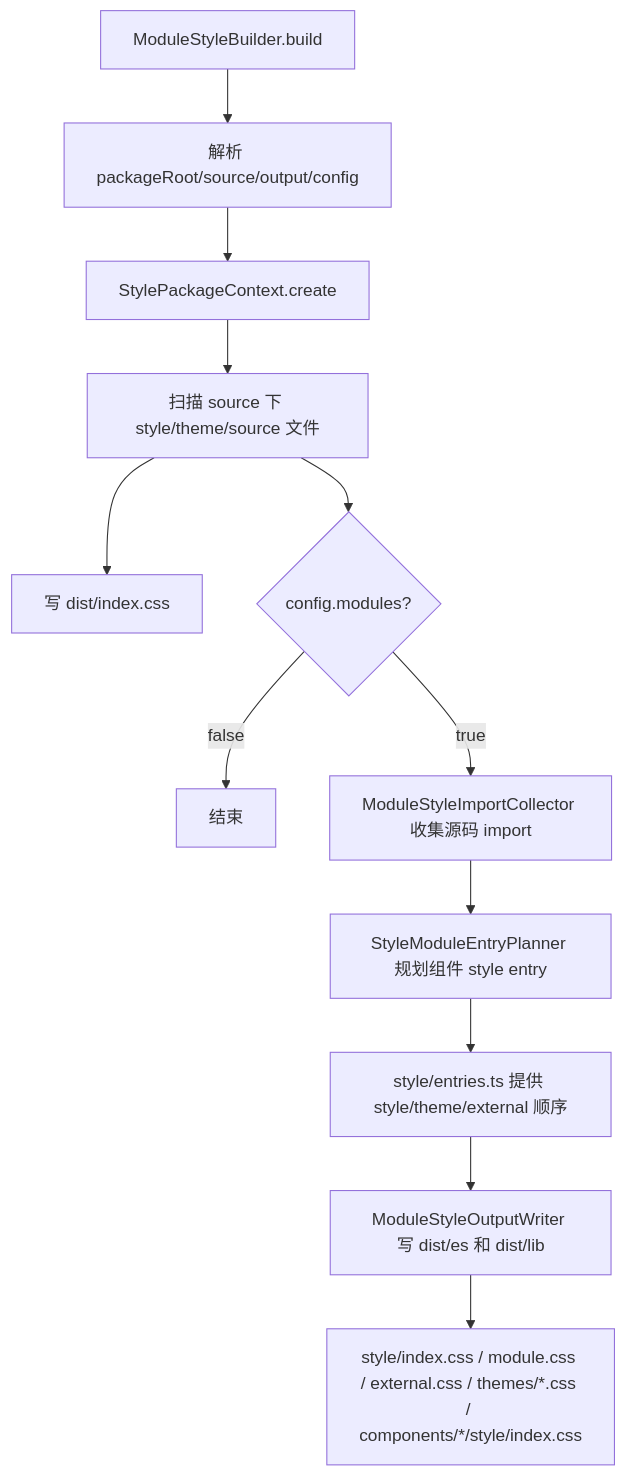
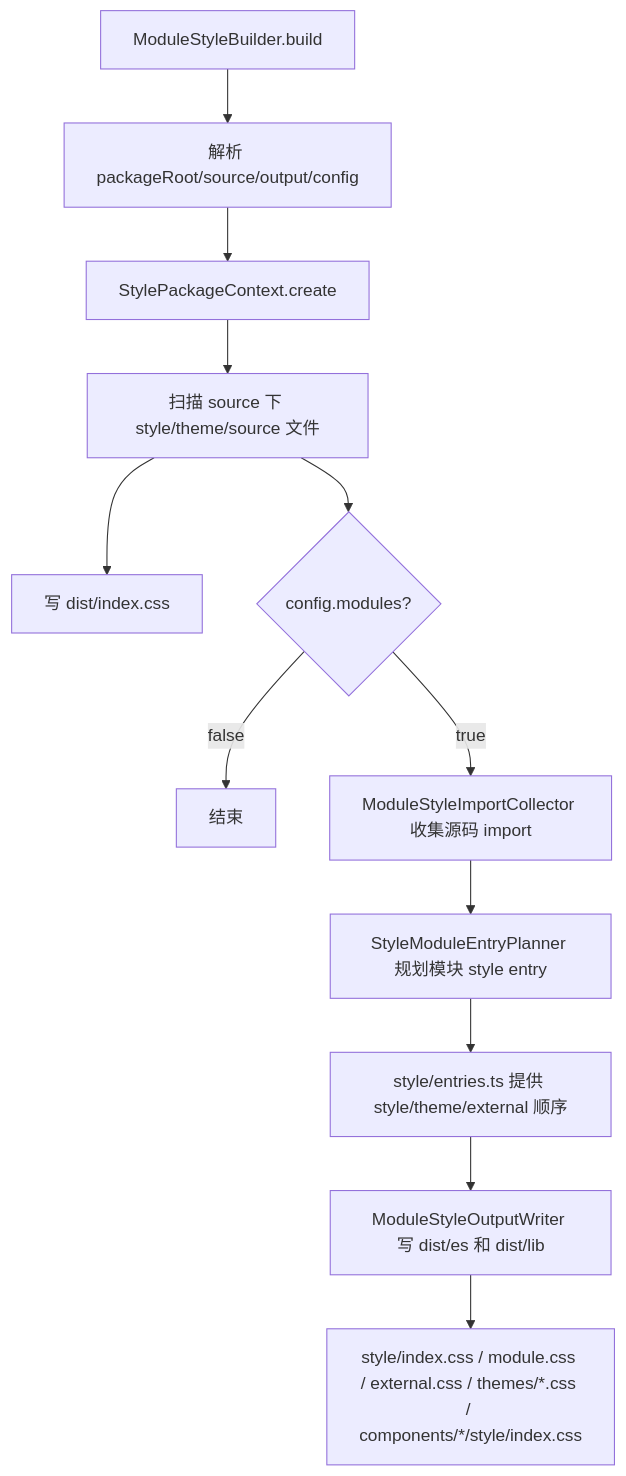
One commit to imtaotao/auklet changed the third of 4 diagrams in CONTRIBUTING.md. Above: the diagram before and after it, drawn with Mermaid. The commit also changed other lines of this file and 64 other files, not shown here.

````diff
--- a/CONTRIBUTING.md
+++ b/CONTRIBUTING.md
@@ -242,14 +251,14 @@
 ```mermaid
 flowchart TD
   Start["ModuleStyleBuilder.build"] --> ResolveContext["解析 packageRoot/source/output/config"]
   ResolveContext --> PackageContext["StylePackageContext.create"]
   PackageContext --> Scan["扫描 source 下 style/theme/source 文件"]
   Scan --> PackageStyle["写 dist/index.css"]
   Scan --> Modules{"config.modules?"}
   Modules -->|false| Done["结束"]
   Modules -->|true| ModuleImports["ModuleStyleImportCollector 收集源码 import"]
-  ModuleImports --> EntryPlan["StyleModuleEntryPlanner 规划组件 style entry"]
+  ModuleImports --> EntryPlan["StyleModuleEntryPlanner 规划模块 style entry"]
   EntryPlan --> SharedGraph["style/entries.ts 提供 style/theme/external 顺序"]
   SharedGraph --> Writer["ModuleStyleOutputWriter 写 dist/es 和 dist/lib"]
   Writer --> Outputs["style/index.css / module.css / external.css / themes/*.css / components/*/style/index.css"]
 ```
````
